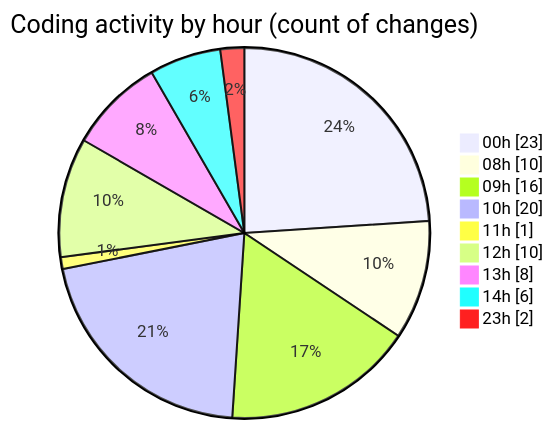
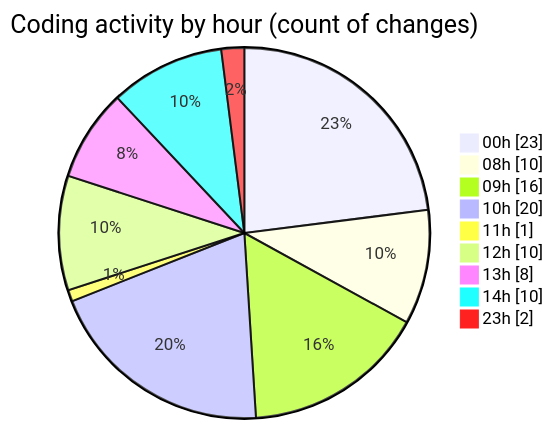
Before and after one commit to Elitesun/code-tracking: the second of 2 diagrams in 2025-05-29/advertise/README.md, drawn with Mermaid. The commit also changed other lines of this file and 1 other file, not shown here.

````diff
--- a/2025-05-29/advertise/README.md
+++ b/2025-05-29/advertise/README.md
@@ -39,13 +40,13 @@
 ```mermaid
 pie showData
 title Coding activity by hour (count of changes)
 "00h" : 23
 "08h" : 10
 "09h" : 16
 "10h" : 20
 "11h" : 1
 "12h" : 10
 "13h" : 8
-"14h" : 6
+"14h" : 10
 "23h" : 2
 ```
````
